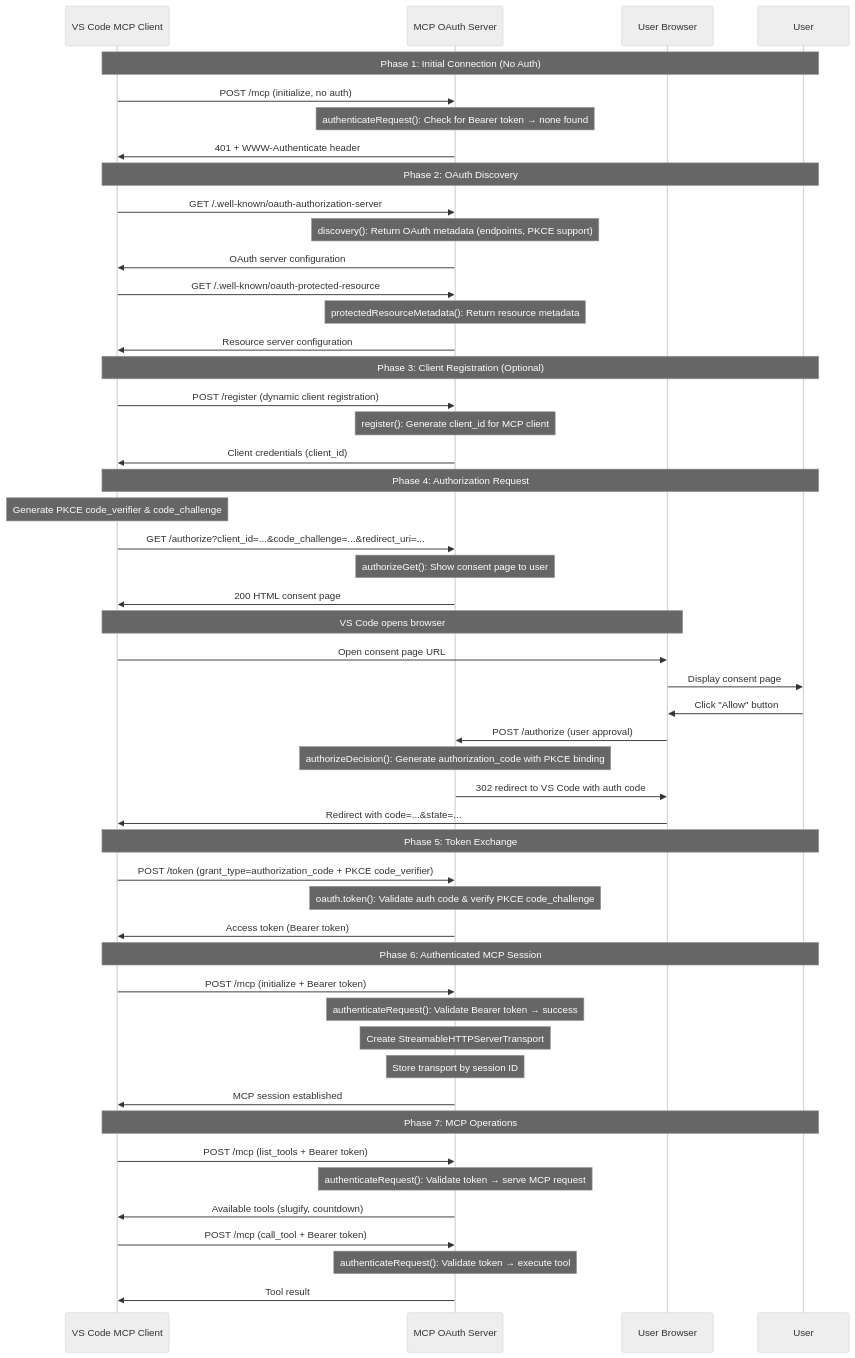
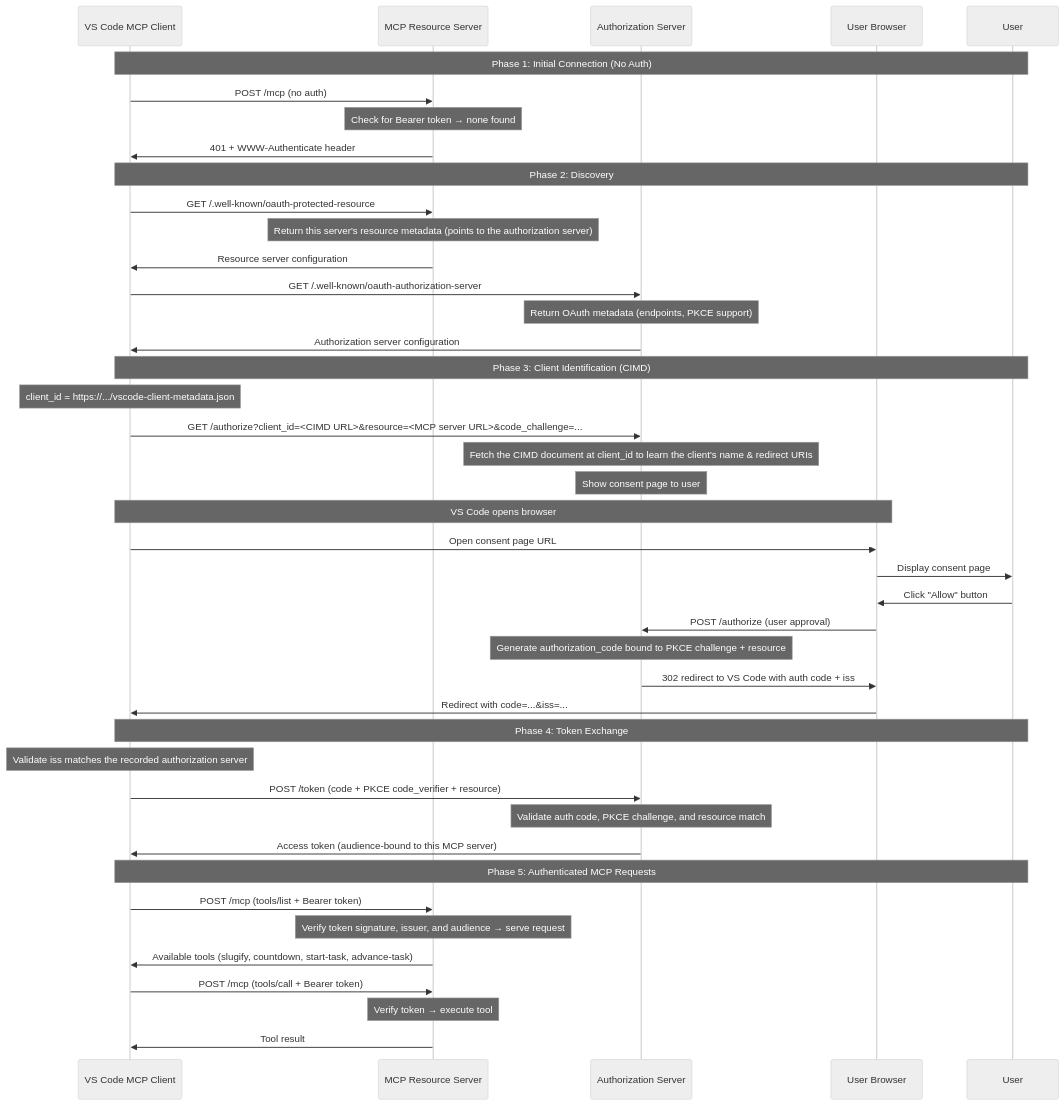
The diagram in training/9-authorizing-mcp.md (bitovi/mcp-training), drawn with Mermaid (neutral theme) before and after one commit. The commit also changed other lines of this file and 58 other files, not shown here.

````diff
--- a/training/9-authorizing-mcp.md
+++ b/training/9-authorizing-mcp.md
@@ -5,62 +11,52 @@
 ```mermaid
 sequenceDiagram
     participant VSCode as VS Code MCP Client
-    participant Server as MCP OAuth Server
+    participant Server as MCP Resource Server
+    participant Auth as Authorization Server
     participant Browser as User Browser
     participant User as User
 
     Note over VSCode,User: Phase 1: Initial Connection (No Auth)
-    VSCode->>Server: POST /mcp (initialize, no auth)
-    Note over Server: authenticateRequest(): Check for Bearer token → none found
+    VSCode->>Server: POST /mcp (no auth)
+    Note over Server: Check for Bearer token → none found
     Server->>VSCode: 401 + WWW-Authenticate header
 
-    Note over VSCode,User: Phase 2: OAuth Discovery
-    VSCode->>Server: GET /.well-known/oauth-authorization-server
-    Note over Server: discovery(): Return OAuth metadata (endpoints, PKCE support)
-    Server->>VSCode: OAuth server configuration
-
+    Note over VSCode,User: Phase 2: Discovery
     VSCode->>Server: GET /.well-known/oauth-protected-resource
-    Note over Server: protectedResourceMetadata(): Return resource metadata
+    Note over Server: Return this server's resource metadata (points to the authorization server)
     Server->>VSCode: Resource server configuration
 
-    Note over VSCode,User: Phase 3: Client Registration (Optional)
-    VSCode->>Server: POST /register (dynamic client registration)
-    Note over Server: register(): Generate client_id for MCP client
-    Server->>VSCode: Client credentials (client_id)
+    VSCode->>Auth: GET /.well-known/oauth-authorization-server
+    Note over Auth: Return OAuth metadata (endpoints, PKCE support)
+    Auth->>VSCode: Authorization server configuration
 
-    Note over VSCode,User: Phase 4: Authorization Request
-    Note over VSCode: Generate PKCE code_verifier & code_challenge
-    VSCode->>Server: GET /authorize?client_id=...&code_challenge=...&redirect_uri=...
-    Note over Server: authorizeGet(): Show consent page to user
-    Server->>VSCode: 200 HTML consent page
+    Note over VSCode,User: Phase 3: Client Identification (CIMD)
+    Note over VSCode: client_id = https://.../vscode-client-metadata.json
+    VSCode->>Auth: GET /authorize?client_id=<CIMD URL>&resource=<MCP server URL>&code_challenge=...
+    Note over Auth: Fetch the CIMD document at client_id to learn the client's name & redirect URIs
+    Note over Auth: Show consent page to user
 
     Note over VSCode,Browser: VS Code opens browser
     VSCode->>Browser: Open consent page URL
     Browser->>User: Display consent page
     User->>Browser: Click "Allow" button
-    Browser->>Server: POST /authorize (user approval)
-    Note over Server: authorizeDecision(): Generate authorization_code with PKCE binding
-    Server->>Browser: 302 redirect to VS Code with auth code
-    Browser->>VSCode: Redirect with code=...&state=...
+    Browser->>Auth: POST /authorize (user approval)
+    Note over Auth: Generate authorization_code bound to PKCE challenge + resource
+    Auth->>Browser: 302 redirect to VS Code with auth code + iss
+    Browser->>VSCode: Redirect with code=...&iss=...
 
-    Note over VSCode,User: Phase 5: Token Exchange
-    VSCode->>Server: POST /token (grant_type=authorization_code + PKCE code_verifier)
-    Note over Server: oauth.token(): Validate auth code & verify PKCE code_challenge
-    Server->>VSCode: Access token (Bearer token)
+    Note over VSCode,User: Phase 4: Token Exchange
+    Note over VSCode: Validate iss matches the recorded authorization server
+    VSCode->>Auth: POST /token (code + PKCE code_verifier + resource)
+    Note over Auth: Validate auth code, PKCE challenge, and resource match
+    Auth->>VSCode: Access token (audience-bound to this MCP server)
 
-    Note over VSCode,User: Phase 6: Authenticated MCP Session
-    VSCode->>Server: POST /mcp (initialize + Bearer token)
-    Note over Server: authenticateRequest(): Validate Bearer token → success
-    Note over Server: Create StreamableHTTPServerTransport
-    Note over Server: Store transport by session ID
-    Server->>VSCode: MCP session established
+    Note over VSCode,User: Phase 5: Authenticated MCP Requests
+    VSCode->>Server: POST /mcp (tools/list + Bearer token)
+    Note over Server: Verify token signature, issuer, and audience → serve request
+    Server->>VSCode: Available tools (slugify, countdown, start-task, advance-task)
 
-    Note over VSCode,User: Phase 7: MCP Operations
-    VSCode->>Server: POST /mcp (list_tools + Bearer token)
-    Note over Server: authenticateRequest(): Validate token → serve MCP request
-    Server->>VSCode: Available tools (slugify, countdown)
-
-    VSCode->>Server: POST /mcp (call_tool + Bearer token)
-    Note over Server: authenticateRequest(): Validate token → execute tool
+    VSCode->>Server: POST /mcp (tools/call + Bearer token)
+    Note over Server: Verify token → execute tool
     Server->>VSCode: Tool result
 ```
````
